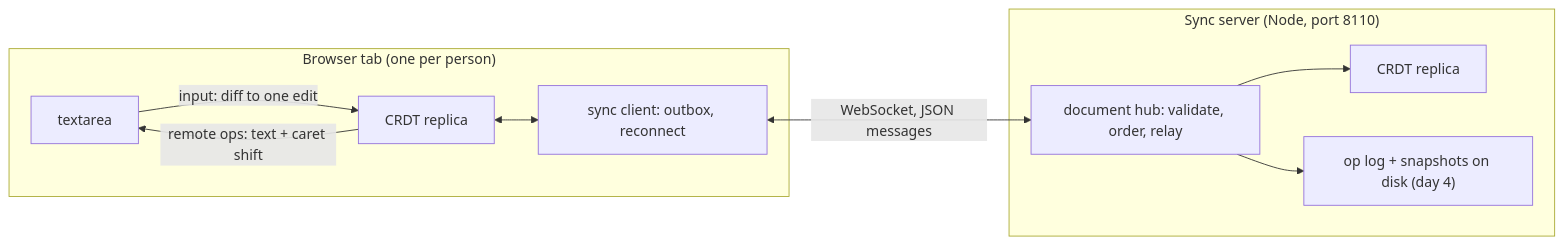
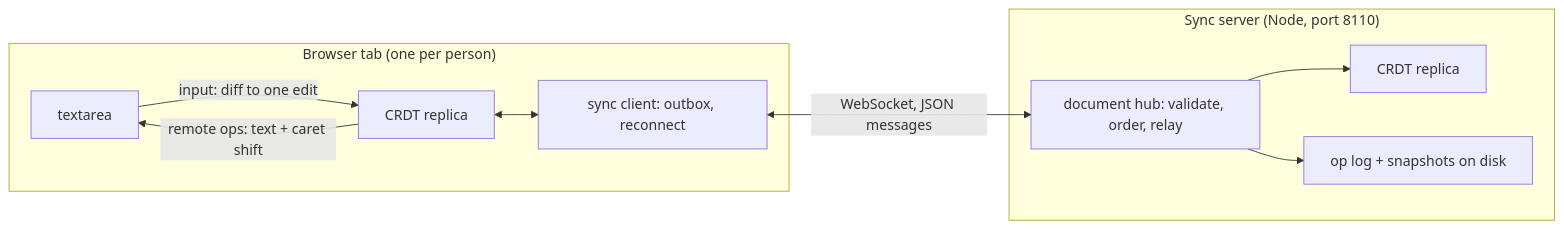
One commit to vivekdavara/coedit changed the diagram in DESIGN.md. Above: the diagram before and after it, drawn with Mermaid. The commit also changed other lines of this file, not shown here.

First line of the commit message:
Docs: DESIGN.md's day 4 as built (persistence, tombstones, end to end)

````diff
--- a/DESIGN.md
+++ b/DESIGN.md
@@ -27,13 +27,13 @@
 ```mermaid
 flowchart LR
   subgraph tab["Browser tab (one per person)"]
     ta["textarea"] -- "input: diff to one edit" --> rep1["CRDT replica"]
     rep1 -- "remote ops: text + caret shift" --> ta
     rep1 <--> out["sync client: outbox, reconnect"]
   end
   out <-- "WebSocket, JSON messages" --> hub
   subgraph server["Sync server (Node, port 8110)"]
     hub["document hub: validate, order, relay"] --> rep2["CRDT replica"]
-    hub --> log["op log + snapshots on disk (day 4)"]
+    hub --> log["op log + snapshots on disk"]
   end
 ```
````
